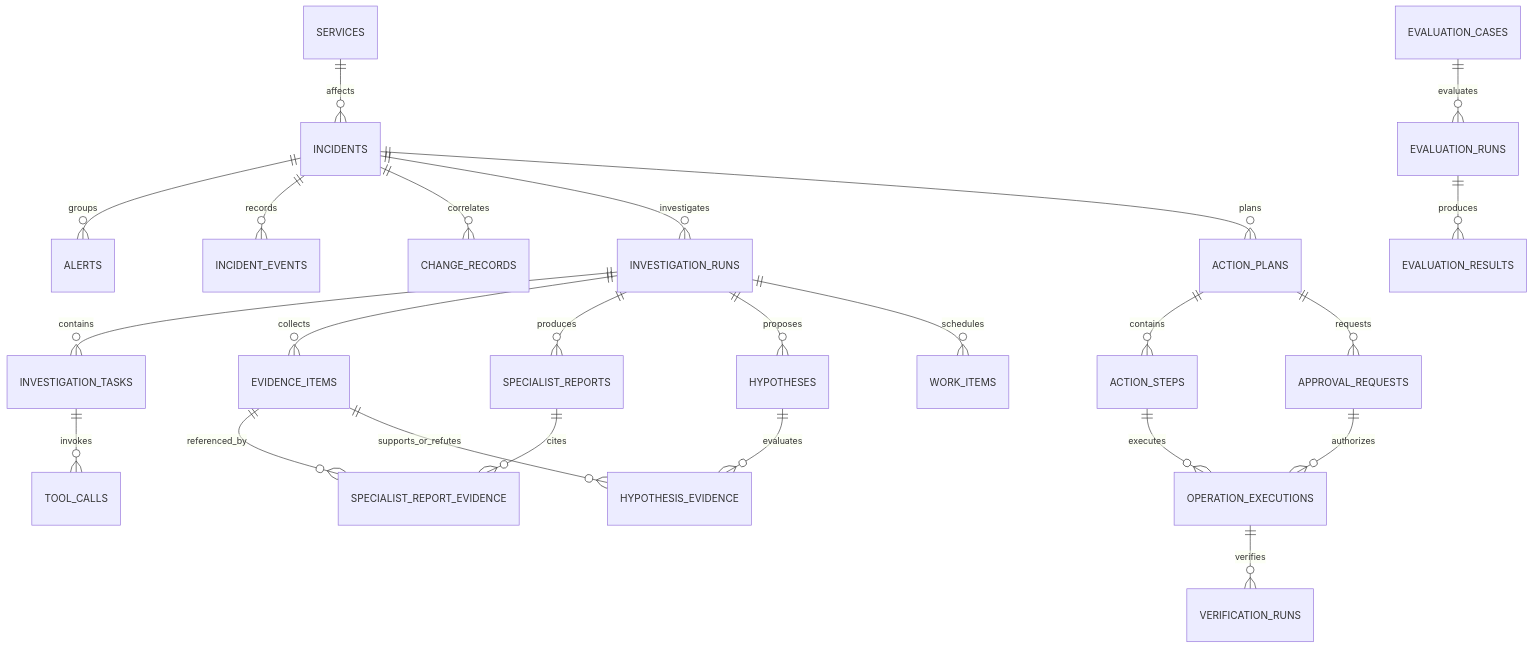
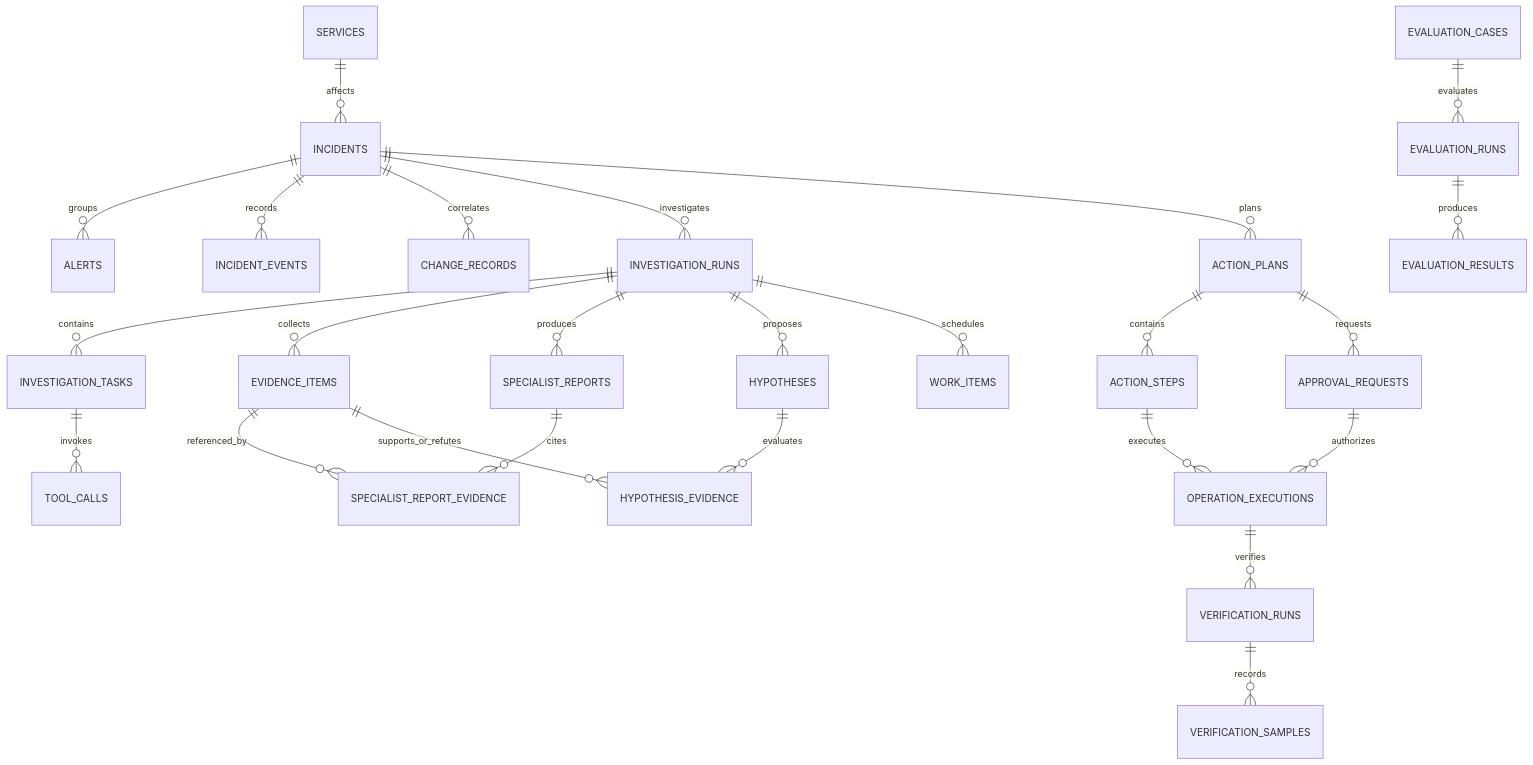
The first of 3 diagrams in docs/architecture/04-database-design.md (kill-t/ops-swarm), drawn with Mermaid before and after one commit. The commit also changed other lines of this file and 30 other files, not shown here.

````diff
--- a/docs/architecture/04-database-design.md
+++ b/docs/architecture/04-database-design.md
@@ -26,26 +26,27 @@
 ```mermaid
 erDiagram
     SERVICES ||--o{ INCIDENTS : affects
     INCIDENTS ||--o{ ALERTS : groups
     INCIDENTS ||--o{ INCIDENT_EVENTS : records
     INCIDENTS ||--o{ CHANGE_RECORDS : correlates
     INCIDENTS ||--o{ INVESTIGATION_RUNS : investigates
     INVESTIGATION_RUNS ||--o{ INVESTIGATION_TASKS : contains
     INVESTIGATION_TASKS ||--o{ TOOL_CALLS : invokes
     INVESTIGATION_RUNS ||--o{ EVIDENCE_ITEMS : collects
     INVESTIGATION_RUNS ||--o{ SPECIALIST_REPORTS : produces
     SPECIALIST_REPORTS ||--o{ SPECIALIST_REPORT_EVIDENCE : cites
     EVIDENCE_ITEMS ||--o{ SPECIALIST_REPORT_EVIDENCE : referenced_by
     INVESTIGATION_RUNS ||--o{ HYPOTHESES : proposes
     HYPOTHESES ||--o{ HYPOTHESIS_EVIDENCE : evaluates
     EVIDENCE_ITEMS ||--o{ HYPOTHESIS_EVIDENCE : supports_or_refutes
     INCIDENTS ||--o{ ACTION_PLANS : plans
     ACTION_PLANS ||--o{ ACTION_STEPS : contains
     ACTION_PLANS ||--o{ APPROVAL_REQUESTS : requests
     ACTION_STEPS ||--o{ OPERATION_EXECUTIONS : executes
     APPROVAL_REQUESTS ||--o{ OPERATION_EXECUTIONS : authorizes
     OPERATION_EXECUTIONS ||--o{ VERIFICATION_RUNS : verifies
+    VERIFICATION_RUNS ||--o{ VERIFICATION_SAMPLES : records
     INVESTIGATION_RUNS ||--o{ WORK_ITEMS : schedules
     EVALUATION_CASES ||--o{ EVALUATION_RUNS : evaluates
     EVALUATION_RUNS ||--o{ EVALUATION_RESULTS : produces
 ```
````
